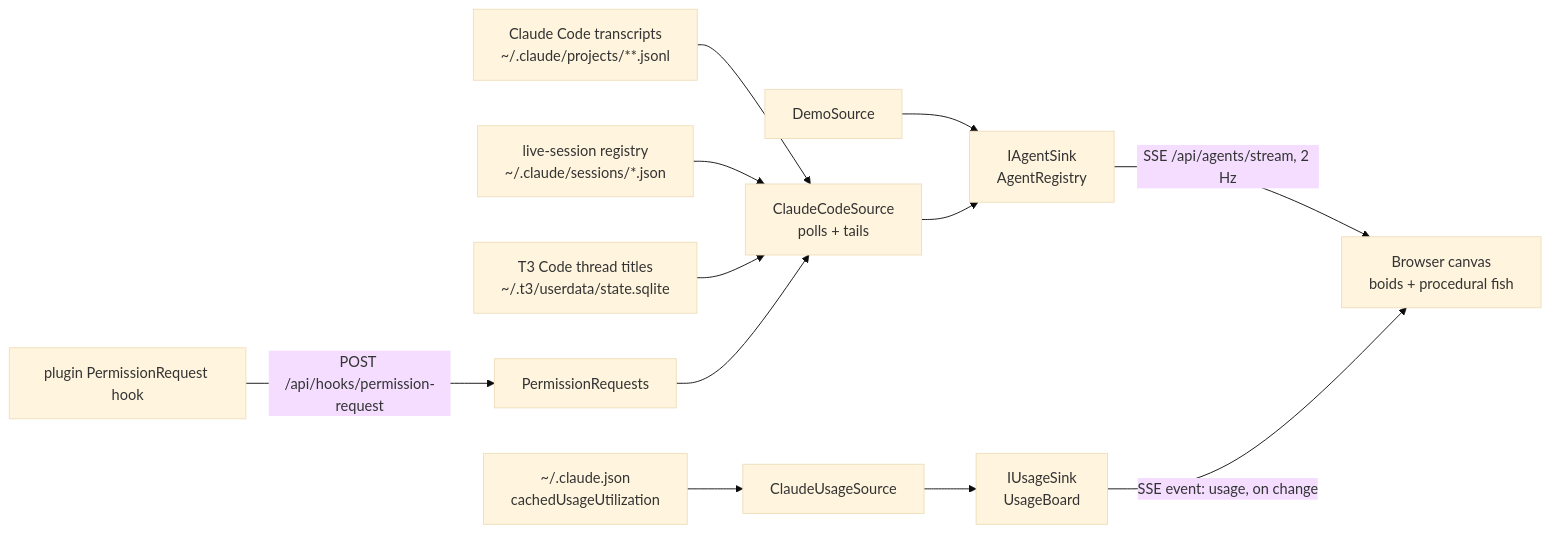
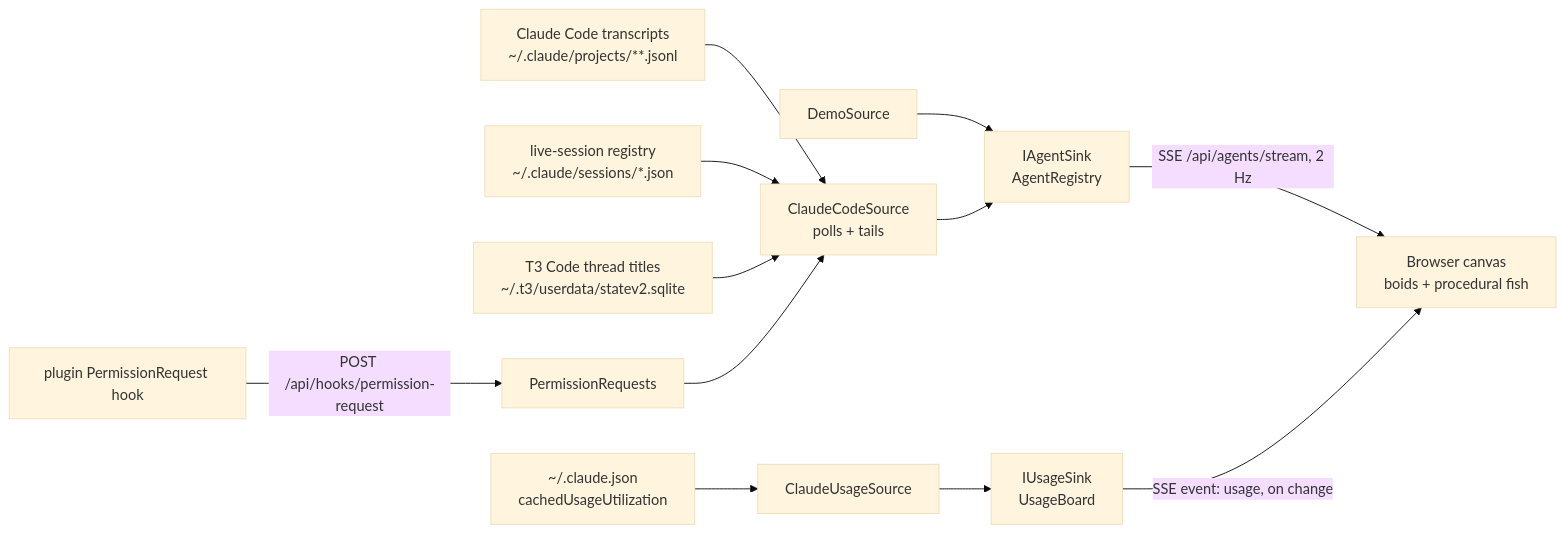
The diagram in README.md (guyvdn/AgentAquarium), drawn with Mermaid (base theme) before and after one commit. The commit also changed other lines of this file and 3 other files, not shown here.

First line of the commit message:
T3 titles: read statev2.sqlite, where T3 Code keeps its threads since its 2026-10-20 update

````diff
--- a/README.md
+++ b/README.md
@@ -72,12 +72,12 @@
 ```mermaid
 flowchart LR
   T[Claude Code transcripts<br/>~/.claude/projects/**.jsonl] --> CC[ClaudeCodeSource<br/>polls + tails]
   L[live-session registry<br/>~/.claude/sessions/*.json] --> CC
-  T3[T3 Code thread titles<br/>~/.t3/userdata/state.sqlite] --> CC
+  T3[T3 Code thread titles<br/>~/.t3/userdata/statev2.sqlite] --> CC
   H[plugin PermissionRequest hook] -->|POST /api/hooks/permission-request| PR[PermissionRequests] --> CC
   D[DemoSource] --> S
   CC --> S[IAgentSink<br/>AgentRegistry]
   U[~/.claude.json<br/>cachedUsageUtilization] --> CU[ClaudeUsageSource] --> UB[IUsageSink<br/>UsageBoard]
   S -->|SSE /api/agents/stream, 2 Hz| B[Browser canvas<br/>boids + procedural fish]
   UB -->|SSE event: usage, on change| B
 ```
````
